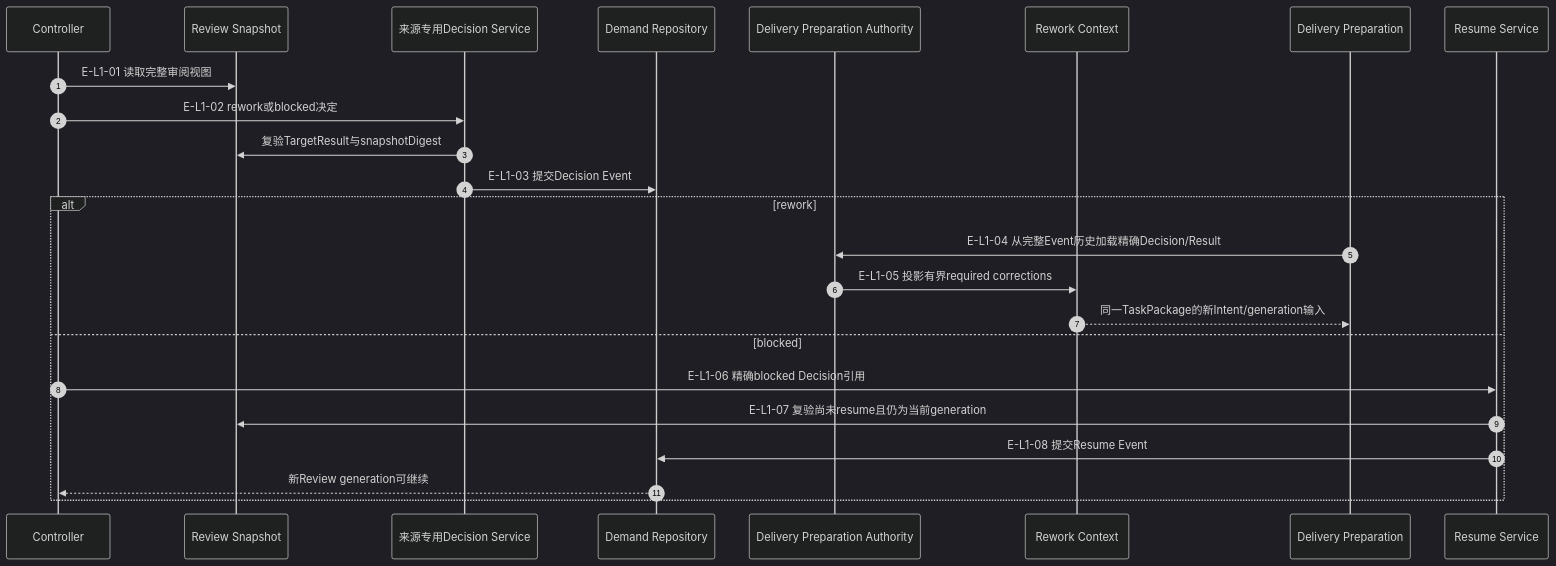
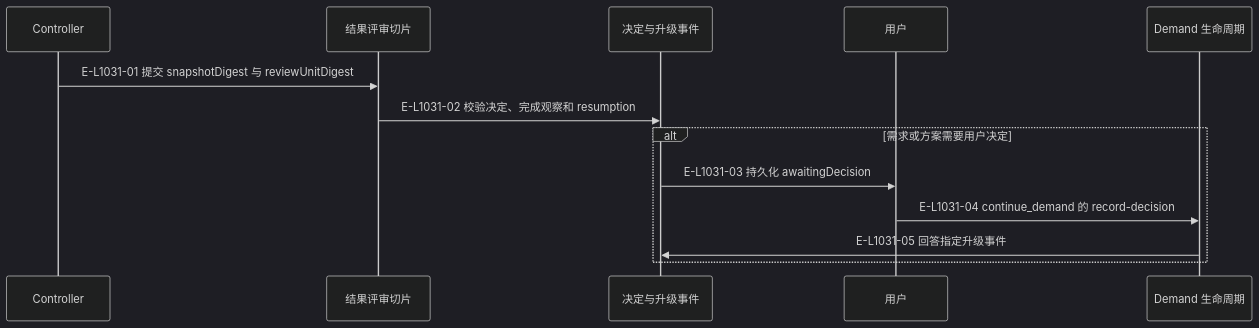
Before and after one commit to GxFn/Wakeflow: the first of 3 diagrams in wakeflow-architecture-atlas/maps/07-review-rework-completion/runtime-call-flow.md, drawn with Mermaid (dark theme). The commit also changed other lines of this file and 71 other files, not shown here.

Commit message:
docs(atlas): align architecture maps with L1 nine-slice implementation

````diff
--- a/wakeflow-architecture-atlas/maps/07-review-rework-completion/runtime-call-flow.md
+++ b/wakeflow-architecture-atlas/maps/07-review-rework-completion/runtime-call-flow.md
@@ -21,30 +160,17 @@
 ```mermaid
 sequenceDiagram
-  accTitle: Controller Review rework和blocked恢复
-  accDescr: Controller从完整Review Snapshot向来源专用Decision Service提交决定。implementation rework被投影为有界Context并用于同一TaskPackage的新Delivery Intent；implementation或test blocked都由共享Resume Service重新读取Snapshot，精确复验workType、Decision、Result和generation，提交Resume Event后回到同一Result的新Review generation。Test Resume不消耗attempt或创建Delivery。
-
-  autonumber
-  participant CTRL as Controller
-  participant SNAP as Review Snapshot
-  participant DECIDE as 来源专用Decision Service
-  participant REPO as Demand Repository
-  participant PREP_AUTH as Delivery Preparation Authority
-  participant REWORK as Rework Context
-  participant DELIVERY as Delivery Preparation
-  participant RESUME as Resume Service
-
-  CTRL->>SNAP: E-L1-01 读取完整审阅视图
-  CTRL->>DECIDE: E-L1-02 rework或blocked决定
-  DECIDE->>SNAP: 复验TargetResult与snapshotDigest
-  DECIDE->>REPO: E-L1-03 提交Decision Event
-  alt rework
-    DELIVERY->>PREP_AUTH: E-L1-04 从完整Event历史加载精确Decision/Result
-    PREP_AUTH->>REWORK: E-L1-05 投影有界required corrections
-    REWORK-->>DELIVERY: 同一TaskPackage的新Intent/generation输入
-  else blocked
-    CTRL->>RESUME: E-L1-06 精确blocked Decision引用
-    RESUME->>SNAP: E-L1-07 复验尚未resume且仍为当前generation
-    RESUME->>REPO: E-L1-08 提交Resume Event
-    REPO-->>CTRL: 新Review generation可继续
+  accTitle: 决定和升级后的返回
+  accDescr: 决定和升级后的返回；箭头区分当前代码步骤、返回事实与明确的条件。
+  participant controller as Controller
+  participant slice as 结果评审切片
+  participant event as 决定与升级事件
+  participant user as 用户
+  participant life as Demand 生命周期
+  controller->>slice: E-L1031-01 提交 snapshotDigest 与 reviewUnitDigest
+  slice->>event: E-L1031-02 校验决定、完成观察和 resumption
+  alt 需求或方案需要用户决定
+  event->>user: E-L1031-03 持久化 awaitingDecision
+  user->>life: E-L1031-04 continue_demand 的 record-decision
+  life->>event: E-L1031-05 回答指定升级事件
   end
 ```
````
